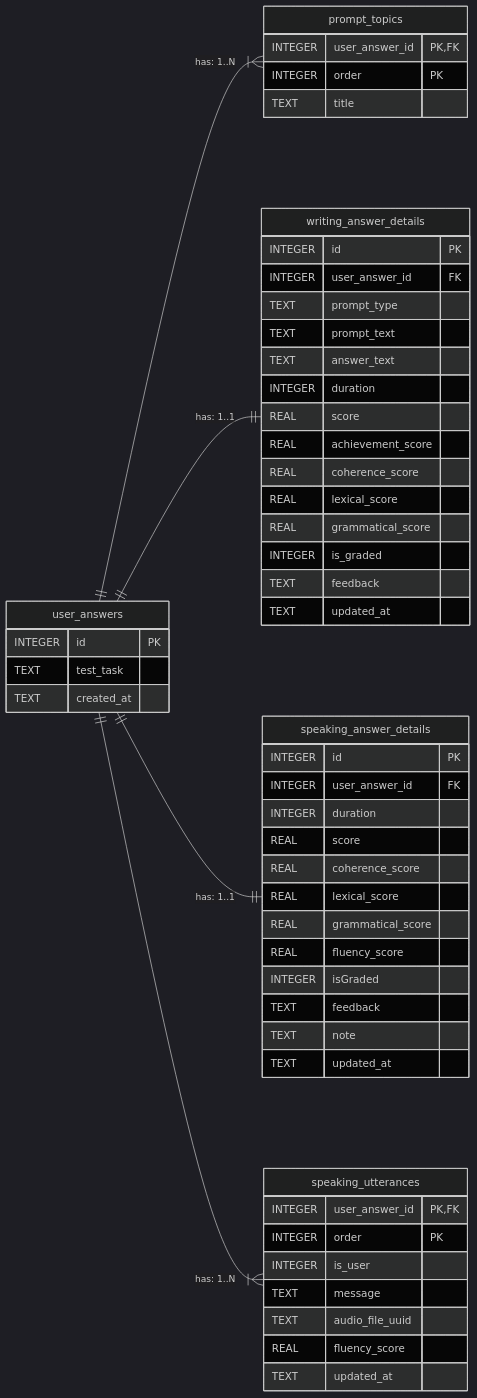
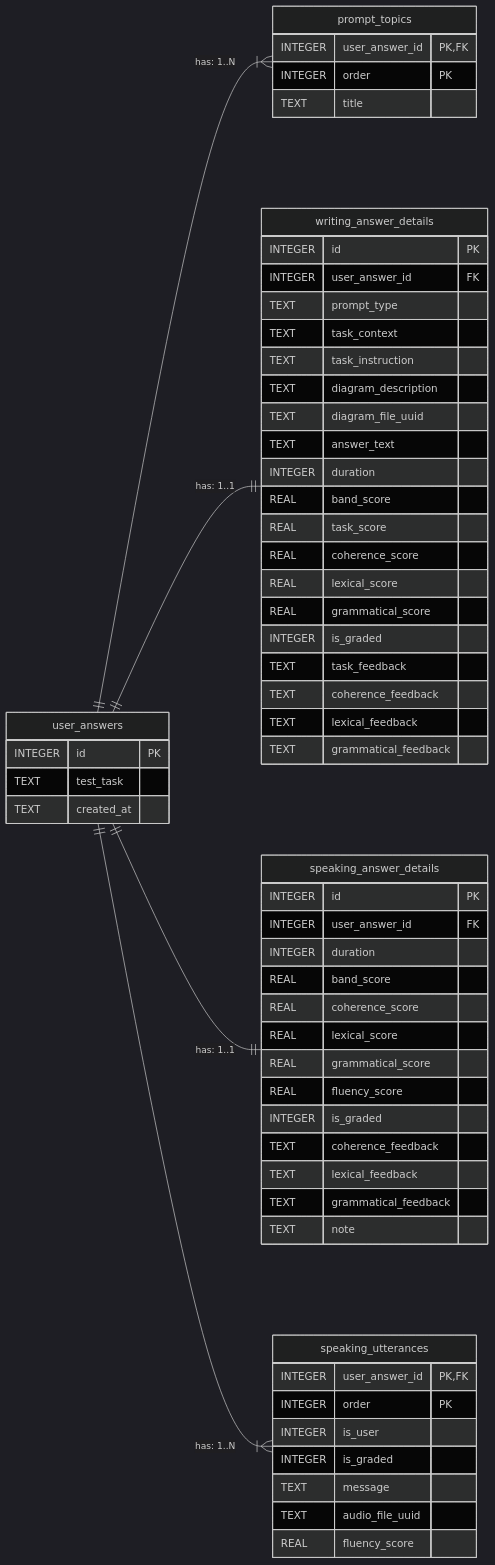
Before and after one commit to hirokd0627/ielts_ai_trainer: the diagram in application/docs/er-diagram.md, drawn with Mermaid (dark theme).

Commit message:
Update ER diagram

````diff
--- a/application/docs/er-diagram.md
+++ b/application/docs/er-diagram.md
@@ -3,62 +3,68 @@
 ```mermaid
 erDiagram
     direction LR
     user_answers ||--|{ prompt_topics : "has: 1..N"
     user_answers ||--|| writing_answer_details : "has: 1..1"
     user_answers ||--|| speaking_answer_details : "has: 1..1"
     user_answers ||--|{ speaking_utterances : "has: 1..N"
 
     user_answers {
         INTEGER id PK
         TEXT test_task
         TEXT created_at
     }
 
     prompt_topics {
         INTEGER user_answer_id PK,FK
         INTEGER order PK
         TEXT title 
     }
 
     writing_answer_details {
         INTEGER id PK
         INTEGER user_answer_id FK
         TEXT prompt_type
-        TEXT prompt_text
+        TEXT task_context
+        TEXT task_instruction
+        TEXT diagram_description
+        TEXT diagram_file_uuid
         TEXT answer_text
         INTEGER duration
-        REAL score
-        REAL achievement_score
+        REAL band_score
+        REAL task_score
         REAL coherence_score
         REAL lexical_score
         REAL grammatical_score
         INTEGER is_graded
-        TEXT feedback
-        TEXT updated_at
+        TEXT task_feedback
+        TEXT coherence_feedback
+        TEXT lexical_feedback
+        TEXT grammatical_feedback
     }
 
     speaking_answer_details {
         INTEGER id PK
         INTEGER user_answer_id FK
         INTEGER duration
-        REAL score
+        REAL band_score
         REAL coherence_score
         REAL lexical_score
         REAL grammatical_score
         REAL fluency_score
-        INTEGER isGraded
-        TEXT feedback
+        INTEGER is_graded
+        TEXT coherence_feedback
+        TEXT lexical_feedback
+        TEXT grammatical_feedback 
         TEXT note
-        TEXT updated_at
     }
 
     speaking_utterances {
         INTEGER user_answer_id PK,FK
         INTEGER order PK
         INTEGER is_user
+        INTEGER is_graded
         TEXT message
         TEXT audio_file_uuid
         REAL fluency_score
-        TEXT updated_at
     }
 ```
````
